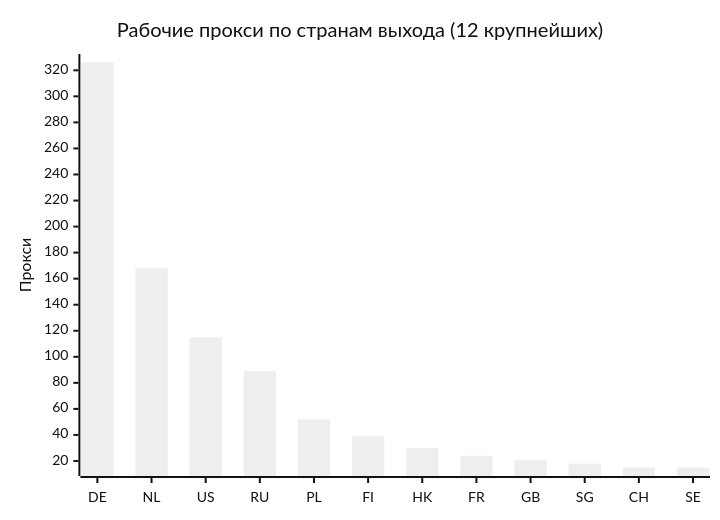
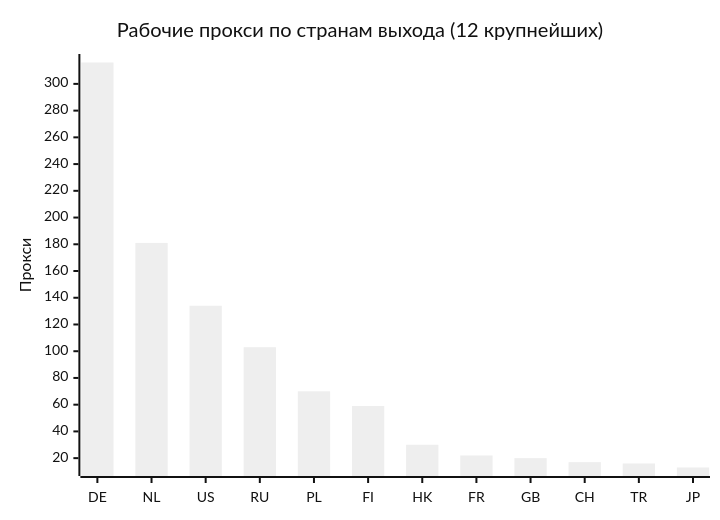
Before and after one commit to rvvg/proxy-subs: the second of 4 diagrams in README.md, drawn with Mermaid (neutral theme). The commit also changed other lines of this file and 51 other files, not shown here.

````diff
--- a/README.md
+++ b/README.md
@@ -133,7 +128,7 @@
 ```mermaid
 xychart-beta
     title "Рабочие прокси по странам выхода (12 крупнейших)"
-    x-axis ["DE", "NL", "US", "RU", "PL", "FI", "HK", "FR", "GB", "SG", "CH", "SE"]
+    x-axis ["DE", "NL", "US", "RU", "PL", "FI", "HK", "FR", "GB", "CH", "TR", "JP"]
     y-axis "Прокси"
-    bar [326, 168, 115, 89, 52, 39, 30, 24, 21, 18, 15, 15]
+    bar [316, 181, 134, 103, 70, 59, 30, 22, 20, 17, 16, 13]
 ```
````
